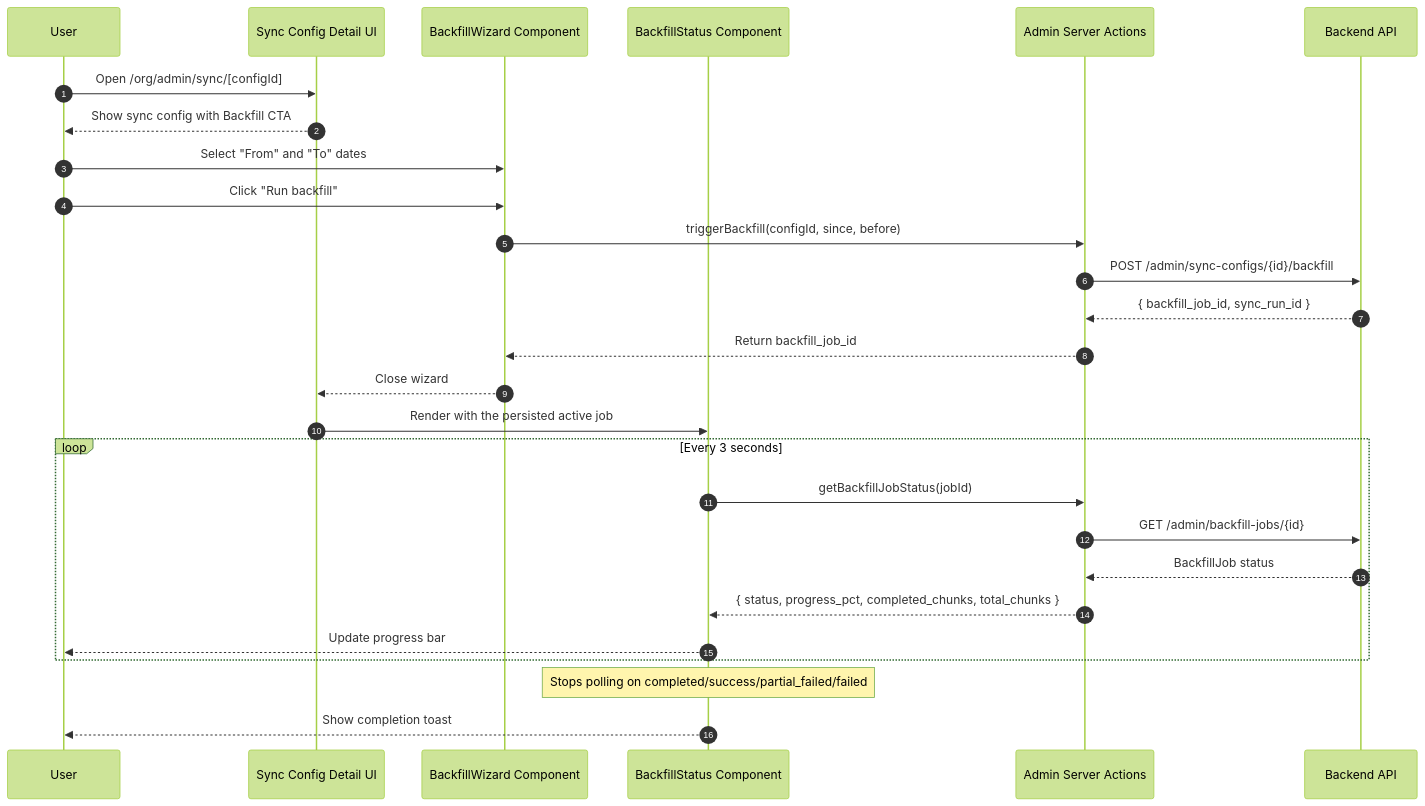
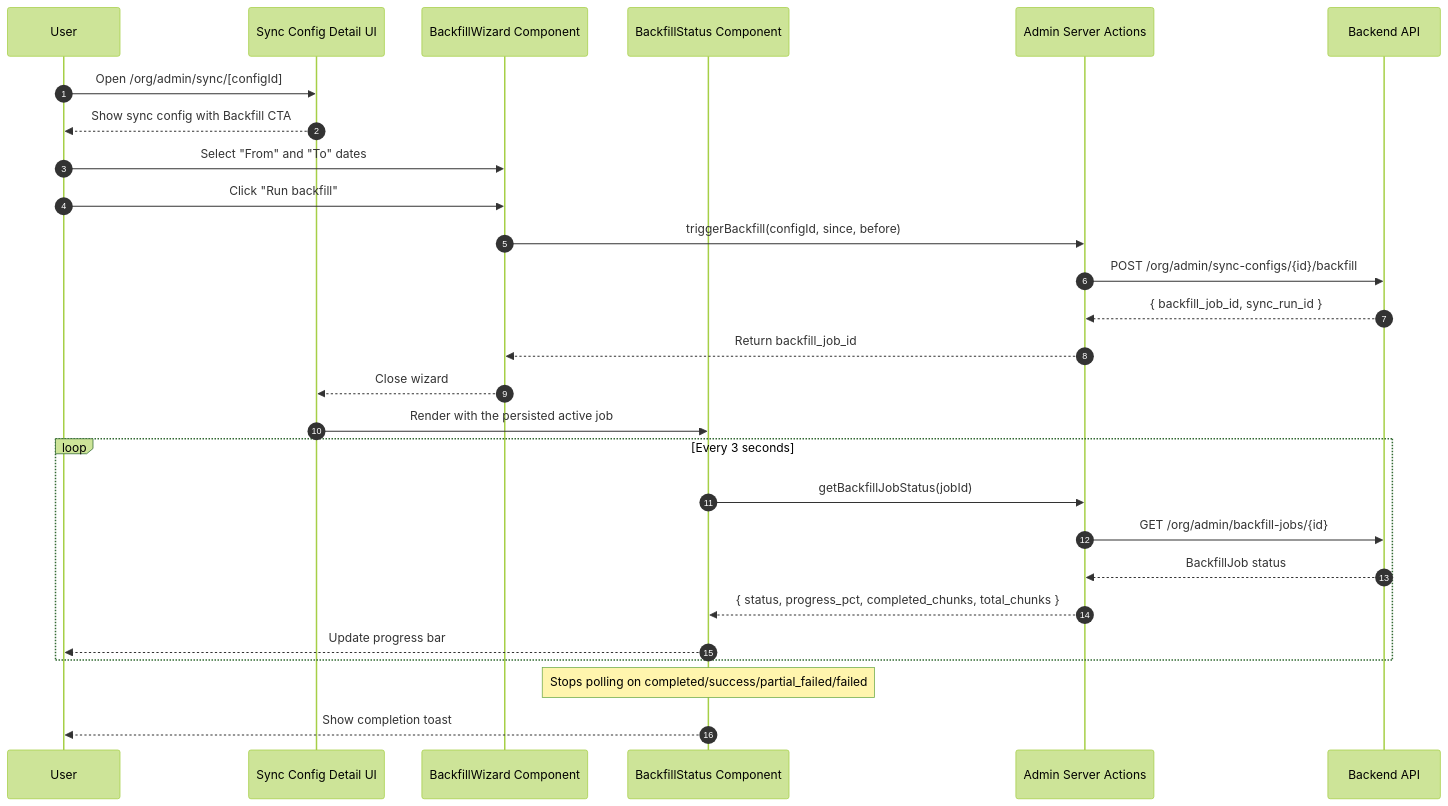
One commit to full-chaos/dev-health-web changed the third of 6 diagrams in docs/testing/e2e-specs/account-admin.md. Above: the diagram before and after it, drawn with Mermaid (forest theme). The commit also changed other lines of this file and 14 other files, not shown here.

````diff
--- a/docs/testing/e2e-specs/account-admin.md
+++ b/docs/testing/e2e-specs/account-admin.md
@@ -213,29 +213,29 @@
 ```mermaid
 sequenceDiagram
     autonumber
     participant U as User
     participant F as Sync Config Detail UI
     participant BW as BackfillWizard Component
     participant BS as BackfillStatus Component
     participant SA as Admin Server Actions
     participant API as Backend API
     U->>F: Open /org/admin/sync/[configId]
     F-->>U: Show sync config with Backfill CTA
     U->>BW: Select "From" and "To" dates
     U->>BW: Click "Run backfill"
     BW->>SA: triggerBackfill(configId, since, before)
-    SA->>API: POST /admin/sync-configs/{id}/backfill
+    SA->>API: POST /org/admin/sync-configs/{id}/backfill
     API-->>SA: { backfill_job_id, sync_run_id }
     SA-->>BW: Return backfill_job_id
     BW-->>F: Close wizard
     F->>BS: Render with the persisted active job
     loop Every 3 seconds
         BS->>SA: getBackfillJobStatus(jobId)
-        SA->>API: GET /admin/backfill-jobs/{id}
+        SA->>API: GET /org/admin/backfill-jobs/{id}
         API-->>SA: BackfillJob status
         SA-->>BS: { status, progress_pct, completed_chunks, total_chunks }
         BS-->>U: Update progress bar
     end
     Note over BS: Stops polling on completed/success/partial_failed/failed
     BS-->>U: Show completion toast
 ```
````
